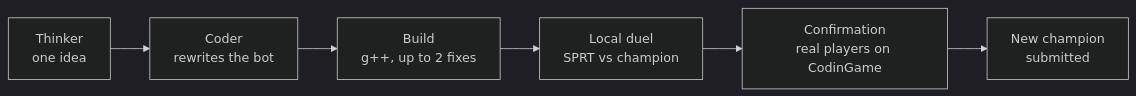
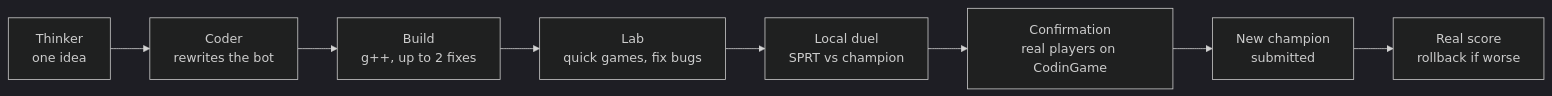
Before and after one commit to FrqSalah/CodinGame-Agent: the second of 2 diagrams in README.md, drawn with Mermaid (dark theme). The commit also changed other lines of this file and 13 other files, not shown here.

First line of the commit message:
feat: coder's lab and ranking loop with rollback

````diff
--- a/README.md
+++ b/README.md
@@ -60,8 +60,10 @@
 ```mermaid
 flowchart LR
     T["Thinker<br/>one idea"] --> C["Coder<br/>rewrites the bot"]
     C --> B["Build<br/>g++, up to 2 fixes"]
-    B --> D["Local duel<br/>SPRT vs champion"]
+    B --> L["Lab<br/>quick games, fix bugs"]
+    L --> D["Local duel<br/>SPRT vs champion"]
     D --> R["Confirmation<br/>real players on CodinGame"]
     R --> K["New champion<br/>submitted"]
+    K --> S["Real score<br/>rollback if worse"]
 ```
````
